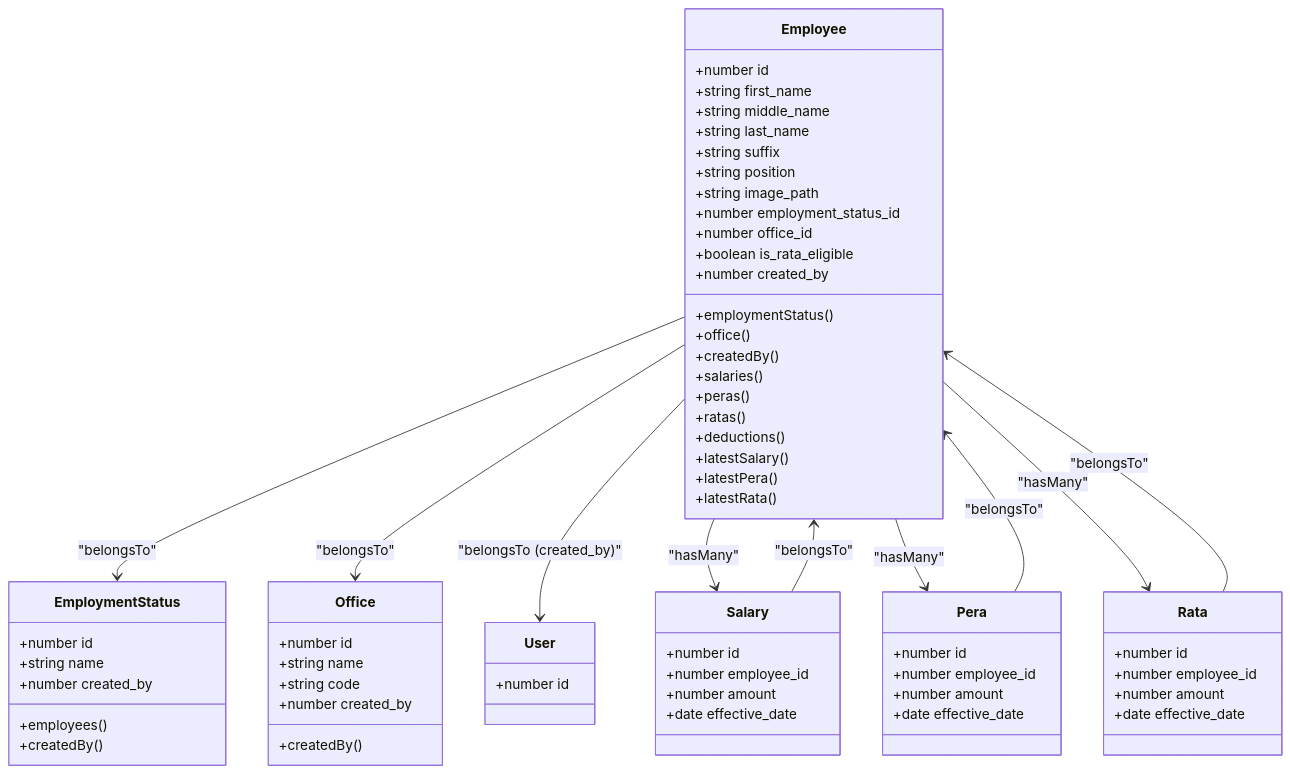
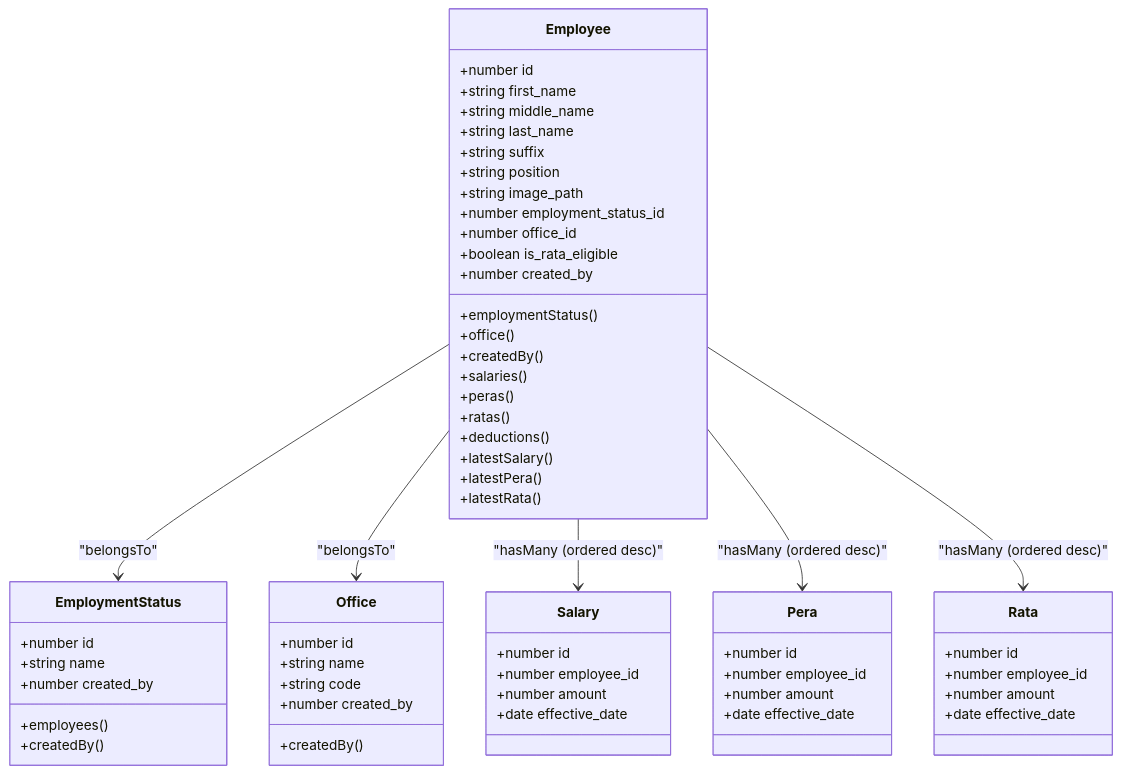
One commit to vincet0t15/template changed the third of 7 diagrams in .qoder/repowiki/en/content/Employee Management/Employee Management.md. Above: the diagram before and after it, drawn with Mermaid. The commit also changed other lines of this file and 7 other files, not shown here.

````diff
--- a/.qoder/repowiki/en/content/Employee Management/Employee Management.md
+++ b/.qoder/repowiki/en/content/Employee Management/Employee Management.md
@@ -186,70 +205,63 @@
 ```mermaid
 classDiagram
 class Employee {
 +number id
 +string first_name
 +string middle_name
 +string last_name
 +string suffix
 +string position
 +string image_path
 +number employment_status_id
 +number office_id
 +boolean is_rata_eligible
 +number created_by
 +employmentStatus()
 +office()
 +createdBy()
 +salaries()
 +peras()
 +ratas()
 +deductions()
 +latestSalary()
 +latestPera()
 +latestRata()
 }
 class EmploymentStatus {
 +number id
 +string name
 +number created_by
 +employees()
 +createdBy()
 }
 class Office {
 +number id
 +string name
 +string code
 +number created_by
 +createdBy()
 }
-class User {
-+number id
-}
 class Salary {
 +number id
 +number employee_id
 +number amount
 +date effective_date
 }
 class Pera {
 +number id
 +number employee_id
 +number amount
 +date effective_date
 }
 class Rata {
 +number id
 +number employee_id
 +number amount
 +date effective_date
 }
 Employee --> EmploymentStatus : "belongsTo"
 Employee --> Office : "belongsTo"
-Employee --> User : "belongsTo (created_by)"
-Employee --> Salary : "hasMany"
-Employee --> Pera : "hasMany"
-Employee --> Rata : "hasMany"
-Salary --> Employee : "belongsTo"
-Pera --> Employee : "belongsTo"
-Rata --> Employee : "belongsTo"
+Employee --> Salary : "hasMany (ordered desc)"
+Employee --> Pera : "hasMany (ordered desc)"
+Employee --> Rata : "hasMany (ordered desc)"
 ```
````
